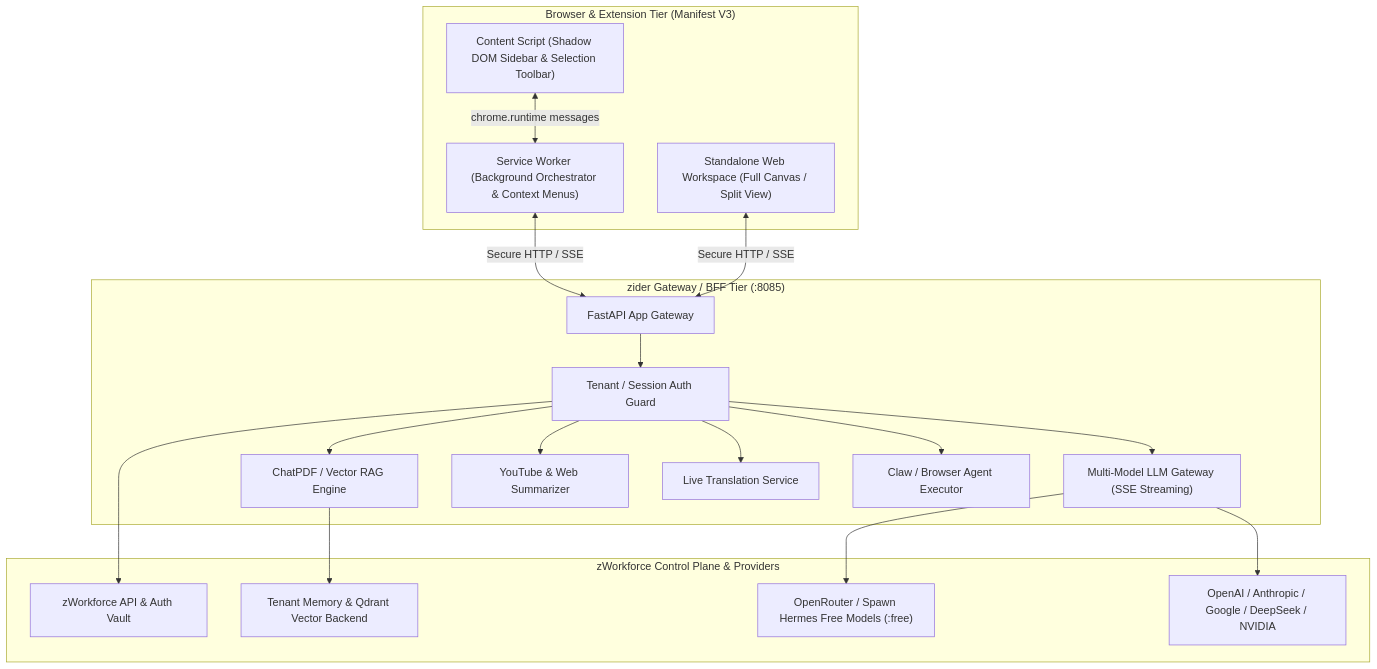
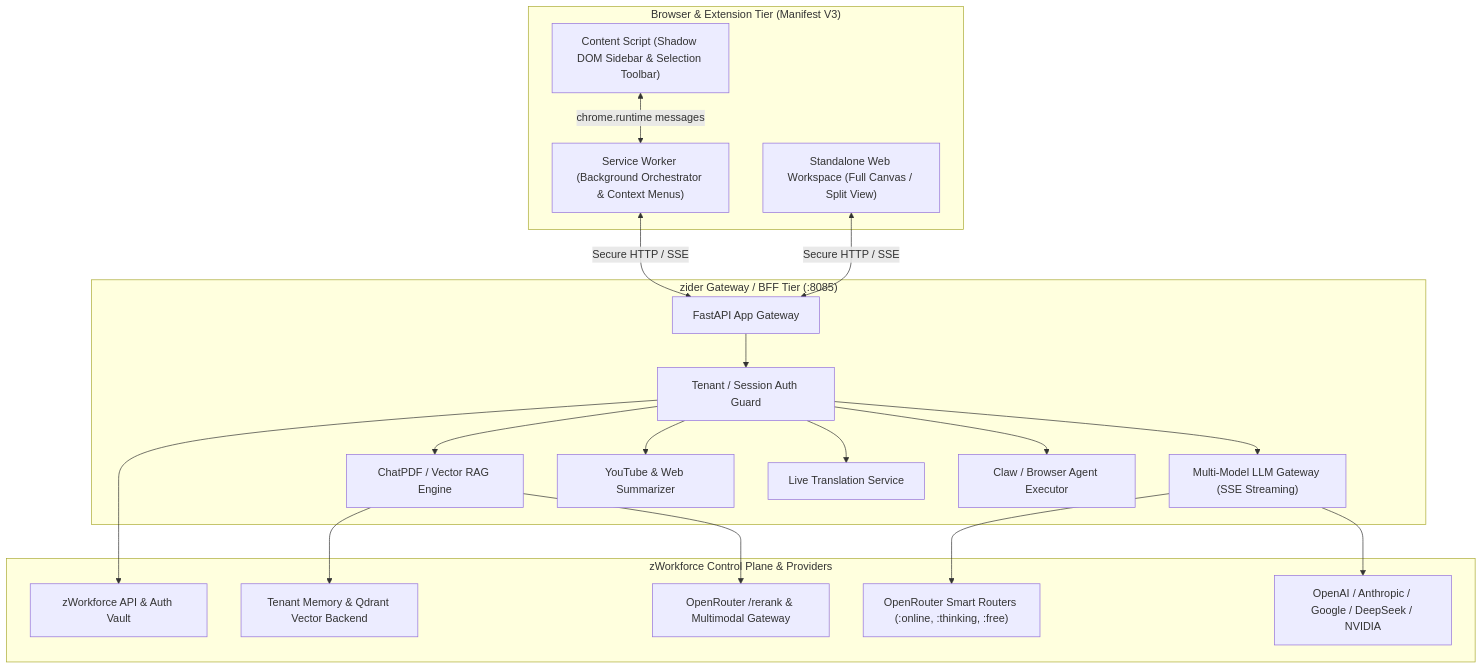
Before and after one commit to cvsz/zWorkforce: the diagram in planning/exec-planning.zider.md, drawn with Mermaid. The commit also changed other lines of this file and 19 other files, not shown here.

First line of the commit message:
feat(ecosystem): implement ACP endpoint, safety lifecycle hooks, free model router, and prompt registry

````diff
--- a/planning/exec-planning.zider.md
+++ b/planning/exec-planning.zider.md
@@ -14,41 +14,43 @@
 ```mermaid
 graph TD
     subgraph Browser["Browser & Extension Tier (Manifest V3)"]
         ExtContent["Content Script (Shadow DOM Sidebar & Selection Toolbar)"]
         ExtWorker["Service Worker (Background Orchestrator & Context Menus)"]
         WebUI["Standalone Web Workspace (Full Canvas / Split View)"]
     end
 
     subgraph Gateway["zider Gateway / BFF Tier (:8085)"]
         API["FastAPI App Gateway"]
         AuthMiddle["Tenant / Session Auth Guard"]
         LLMRouter["Multi-Model LLM Gateway (SSE Streaming)"]
         DocEngine["ChatPDF / Vector RAG Engine"]
         MediaEngine["YouTube & Web Summarizer"]
         TranslateEngine["Live Translation Service"]
         AgentClaw["Claw / Browser Agent Executor"]
     end
 
     subgraph ControlPlane["zWorkforce Control Plane & Providers"]
         zWF_Core["zWorkforce API & Auth Vault"]
         zWF_RAG["Tenant Memory & Qdrant Vector Backend"]
-        OpenRouter["OpenRouter / Spawn Hermes Free Models (:free)"]
+        OpenRouter_Rerank["OpenRouter /rerank & Multimodal Gateway"]
+        OpenRouter["OpenRouter Smart Routers (:online, :thinking, :free)"]
         DirectProviders["OpenAI / Anthropic / Google / DeepSeek / NVIDIA"]
     end
 
     ExtContent <-->|chrome.runtime messages| ExtWorker
     ExtWorker <-->|Secure HTTP / SSE| API
     WebUI <-->|Secure HTTP / SSE| API
 
     API --> AuthMiddle
     AuthMiddle --> LLMRouter
     AuthMiddle --> DocEngine
     AuthMiddle --> MediaEngine
     AuthMiddle --> TranslateEngine
     AuthMiddle --> AgentClaw
 
     LLMRouter --> OpenRouter
     LLMRouter --> DirectProviders
     DocEngine --> zWF_RAG
+    DocEngine --> OpenRouter_Rerank
     AuthMiddle --> zWF_Core
 ```
````
